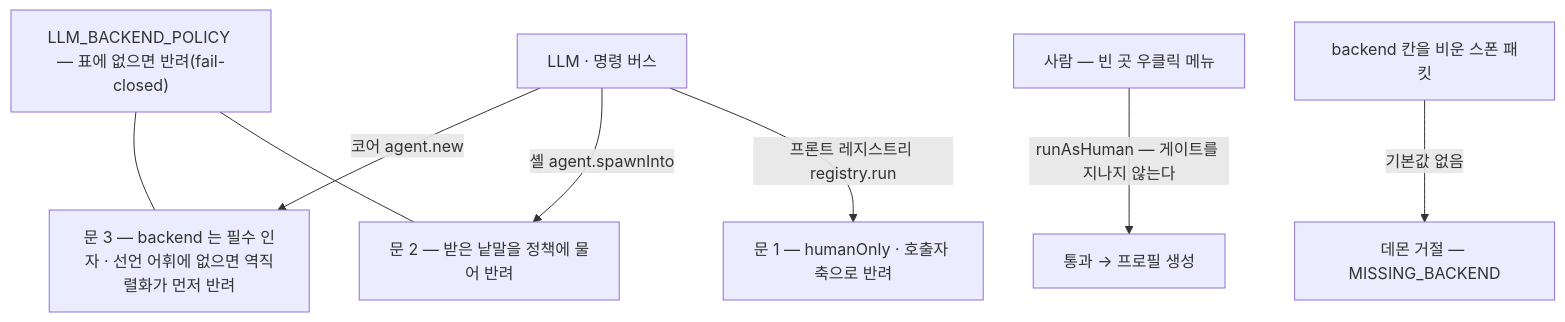
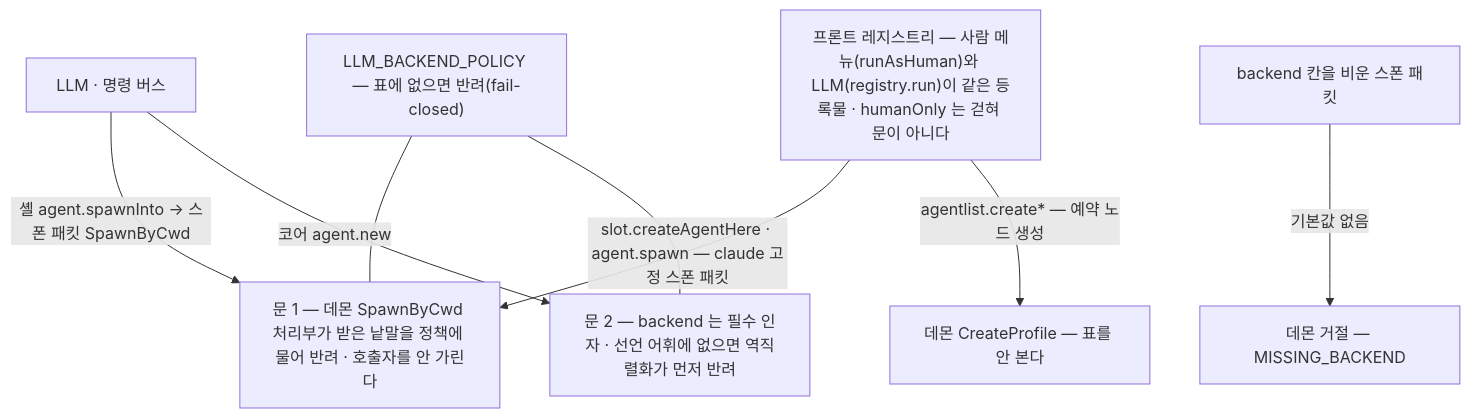
Before and after one commit to kimsunzun/engram-dashboard: the fourth of 4 diagrams in docs/reference/structure/agent-backend.md, drawn with Mermaid. The commit also changed other lines of this file and 19 other files, not shown here.

First line of the commit message:
S21: refactor(shell): 2-1 U2 — 셸이 agent crate 를 의존하지 않는다(ADR-0270 · ADR-0279)

````diff
--- a/docs/reference/structure/agent-backend.md
+++ b/docs/reference/structure/agent-backend.md
@@ -93,11 +93,11 @@
 ```mermaid
 flowchart TD
   P["LLM_BACKEND_POLICY — 표에 없으면 반려(fail-closed)"]
-  H["사람 — 빈 곳 우클릭 메뉴"] -->|"runAsHuman — 게이트를 지나지 않는다"| OK["통과 → 프로필 생성"]
-  L["LLM · 명령 버스"] -->|"프론트 레지스트리 registry.run"| D1["문 1 — humanOnly · 호출자 축으로 반려"]
-  L -->|"셸 agent.spawnInto"| D2["문 2 — 받은 낱말을 정책에 물어 반려"]
-  L -->|"코어 agent.new"| D3["문 3 — backend 는 필수 인자 · 선언 어휘에 없으면 역직렬화가 먼저 반려"]
+  L["LLM · 명령 버스"] -->|"셸 agent.spawnInto → 스폰 패킷 SpawnByCwd"| D1["문 1 — 데몬 SpawnByCwd 처리부가 받은 낱말을 정책에 물어 반려 · 호출자를 안 가린다"]
+  L -->|"코어 agent.new"| D2["문 2 — backend 는 필수 인자 · 선언 어휘에 없으면 역직렬화가 먼저 반려"]
+  R["프론트 레지스트리 — 사람 메뉴(runAsHuman)와 LLM(registry.run)이 같은 등록물 · humanOnly 는 걷혀 문이 아니다"] -->|"slot.createAgentHere · agent.spawn — claude 고정 스폰 패킷"| D1
+  R -->|"agentlist.create* — 예약 노드 생성"| CP["데몬 CreateProfile — 표를 안 본다"]
+  P --- D1
   P --- D2
-  P --- D3
   X["backend 칸을 비운 스폰 패킷"] -->|"기본값 없음"| ERR["데몬 거절 — MISSING_BACKEND"]
 ```
````
